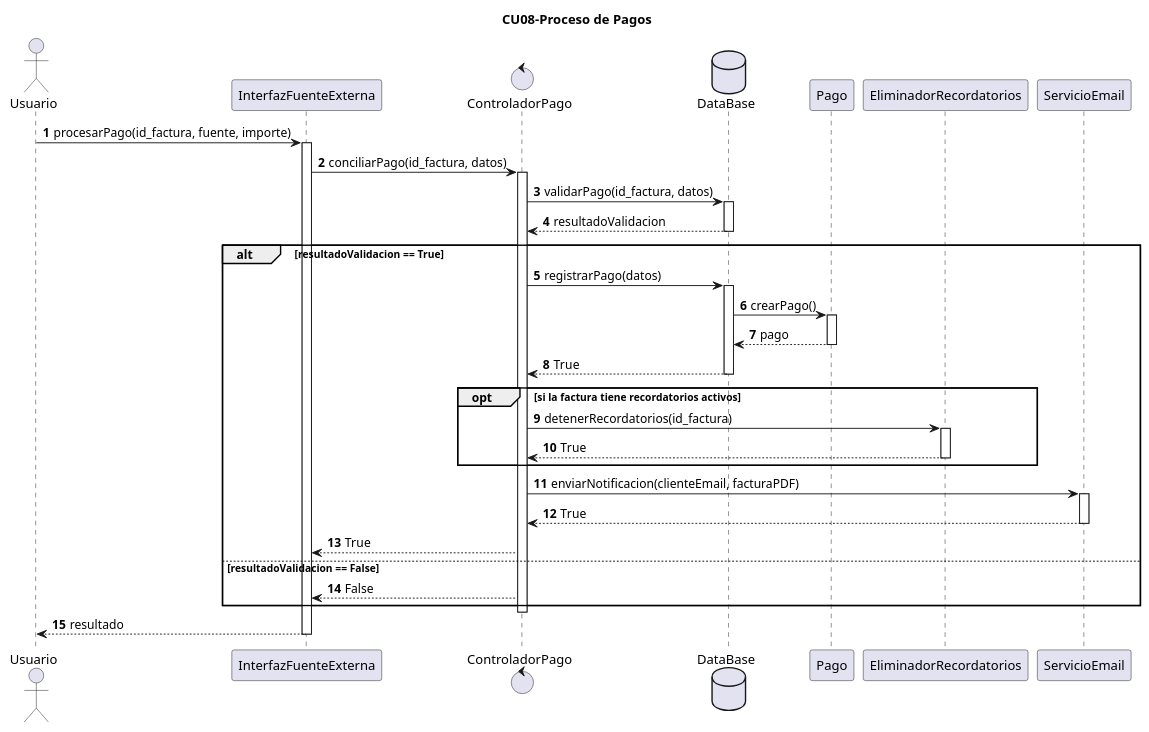
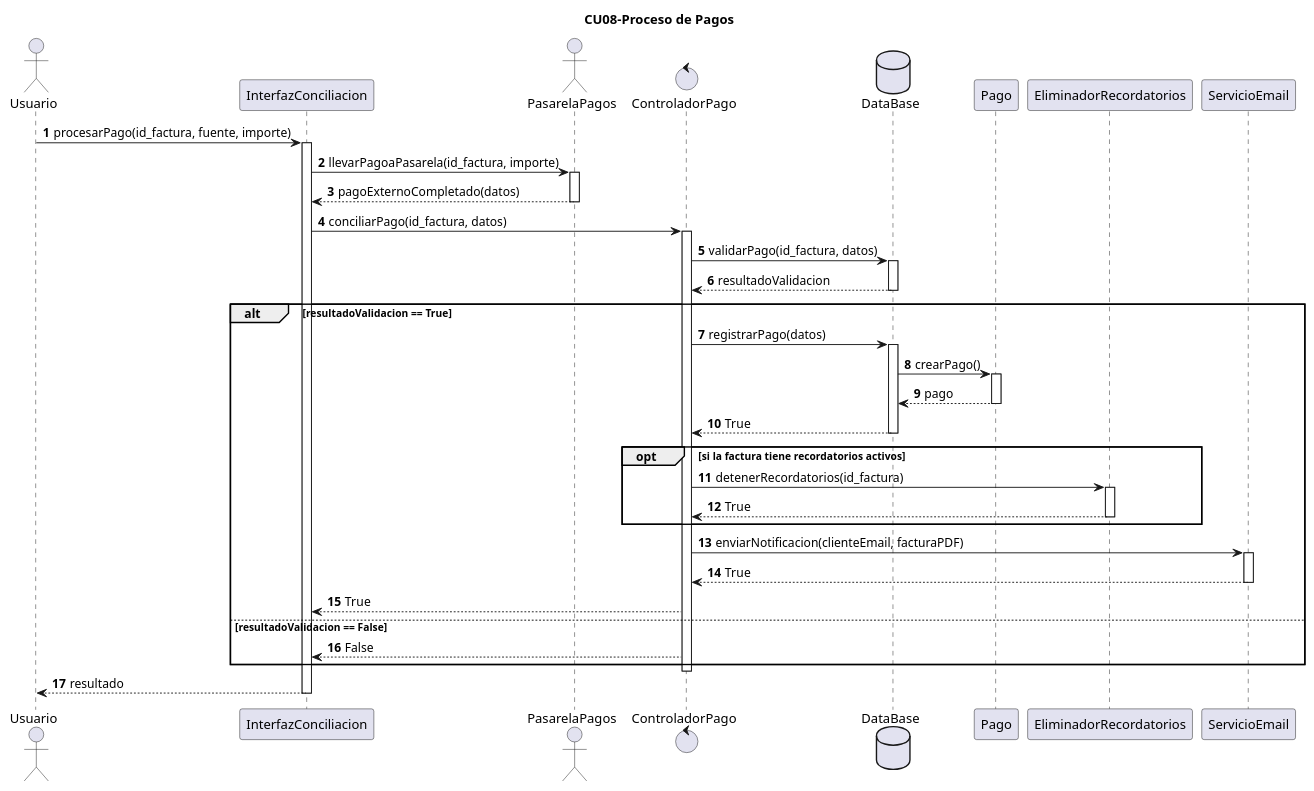
Before and after one commit to sandrardguezz/trabajo-ada: the diagram in Diagramas/DiagramasSecuencia/CU08/DiagramaSecuencia.puml, drawn with PlantUML.

Commit message:
Update sequence diagram for payment process CU08

```diff
--- a/Diagramas/DiagramasSecuencia/CU08/DiagramaSecuencia.puml
+++ b/Diagramas/DiagramasSecuencia/CU08/DiagramaSecuencia.puml
@@ -1,58 +1,64 @@
 @startuml
 title CU08-Proceso de Pagos
 autonumber
 actor Usuario as user
-participant InterfazFuenteExterna as interfaz
+participant InterfazConciliacion as interfaz
+actor PasarelaPagos as pasarela
 control ControladorPago as controlador
 database DataBase as database
 participant Pago
 participant EliminadorRecordatorios as recordatorios
 participant ServicioEmail as email
 
 user -> interfaz: procesarPago(id_factura, fuente, importe)
 activate interfaz
+
+interfaz -> pasarela: llevarPagoaPasarela(id_factura, importe)
+activate pasarela
+pasarela --> interfaz: pagoExternoCompletado(datos)
+deactivate pasarela
 
 interfaz -> controlador: conciliarPago(id_factura, datos)
 activate controlador
 
 controlador -> database: validarPago(id_factura, datos)
 activate database
 database --> controlador: resultadoValidacion
 deactivate database
 
 alt resultadoValidacion == True
   controlador -> database: registrarPago(datos)
   activate database
   database -> Pago: crearPago()
   activate Pago
   Pago --> database: pago
   deactivate Pago
   database --> controlador: True
   deactivate database
 
   opt si la factura tiene recordatorios activos
        controlador -> recordatorios: detenerRecordatorios(id_factura)
        activate recordatorios
        recordatorios --> controlador: True
        deactivate recordatorios
   end
   
   controlador -> email: enviarNotificacion(clienteEmail, facturaPDF)
   activate email
   email --> controlador: True 
 'Aqui si se pone la respuesta, porque se considera que se debe mandar el email de la factura, para que el flujo     siga, no como en el ejemplo de clase'
   deactivate email
 
   controlador --> interfaz: True
 else resultadoValidacion == False
   controlador --> interfaz: False
 'Hay un error en el pago'
 end
 
 deactivate controlador
 
 interfaz --> user: resultado
 deactivate interfaz
 
 
 @enduml
```
